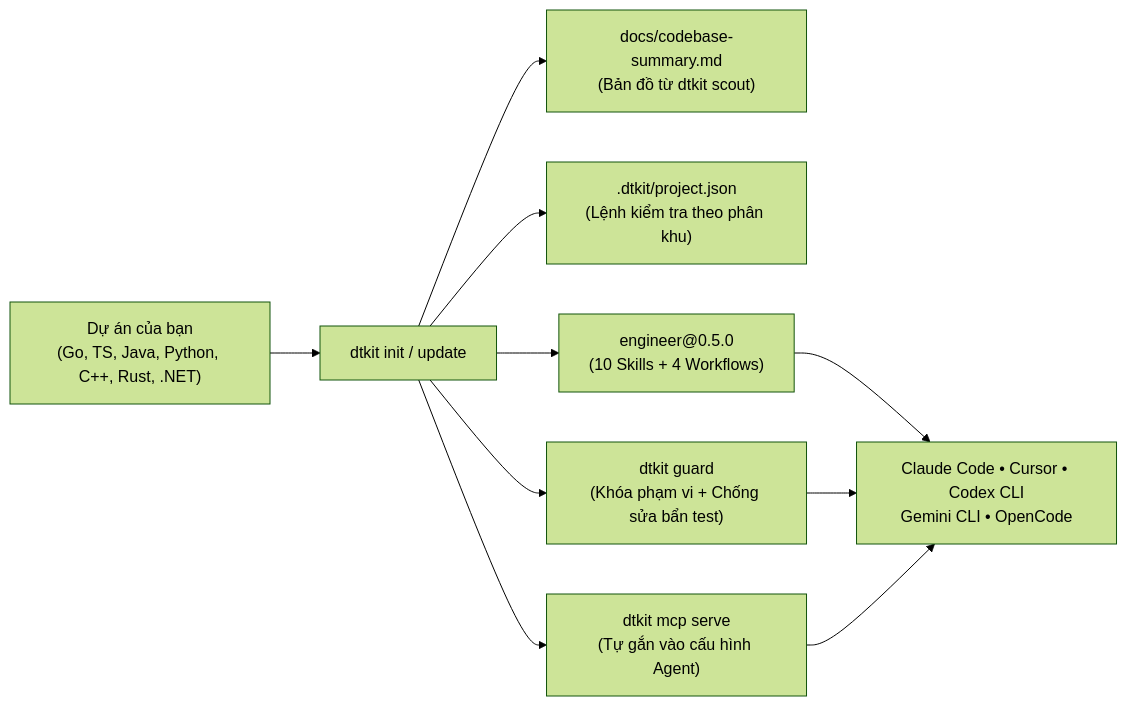
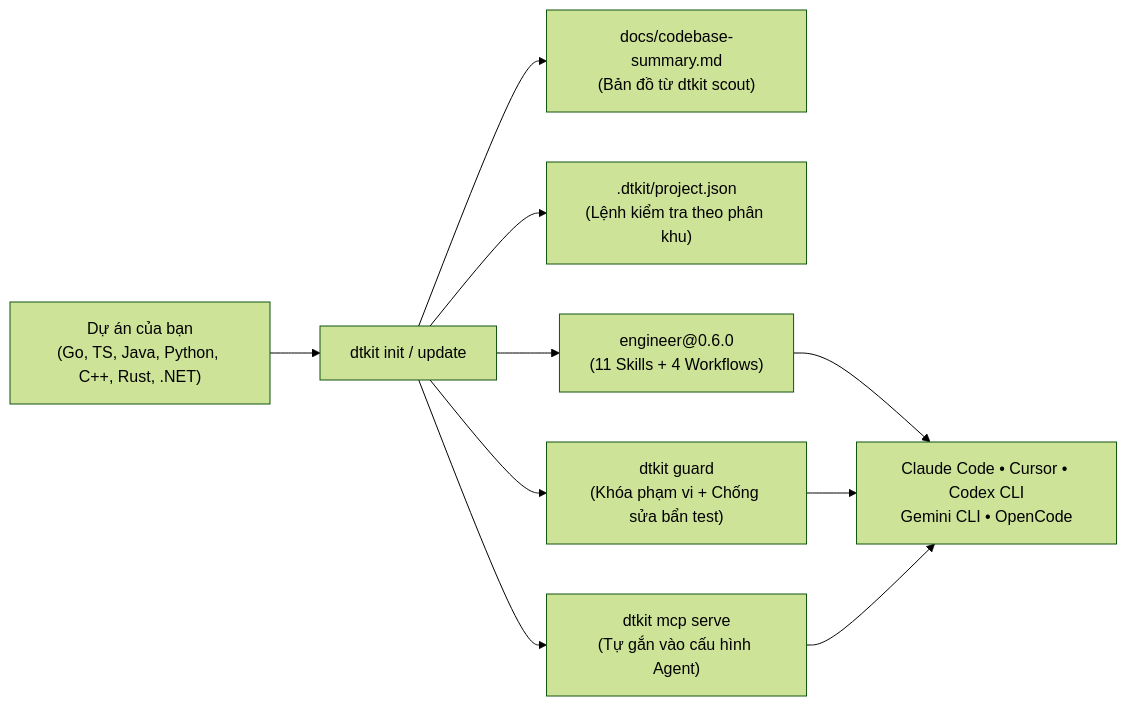
Before and after one commit to truong-newbie/Agent_Kit_Impl: the first of 2 diagrams in docs/guide.vi.md, drawn with Mermaid (forest theme). The commit also changed other lines of this file and 43 other files, not shown here.

````diff
--- a/docs/guide.vi.md
+++ b/docs/guide.vi.md
@@ -26,12 +27,12 @@
 ```mermaid
 flowchart LR
     Repo["Dự án của bạn\n(Go, TS, Java, Python, C++, Rust, .NET)"] --> Init["dtkit init / update"]
     Init --> Scout["docs/codebase-summary.md\n(Bản đồ từ dtkit scout)"]
     Init --> Prof[".dtkit/project.json\n(Lệnh kiểm tra theo phân khu)"]
-    Init --> Kit["engineer@0.5.0\n(10 Skills + 4 Workflows)"]
+    Init --> Kit["engineer@0.6.0\n(11 Skills + 4 Workflows)"]
     Init --> Guard["dtkit guard\n(Khóa phạm vi + Chống sửa bẩn test)"]
     Init --> MCP["dtkit mcp serve\n(Tự gắn vào cấu hình Agent)"]
     Kit --> Agents["Claude Code • Cursor • Codex CLI\nGemini CLI • OpenCode"]
     Guard --> Agents
     MCP --> Agents
 ```
````
